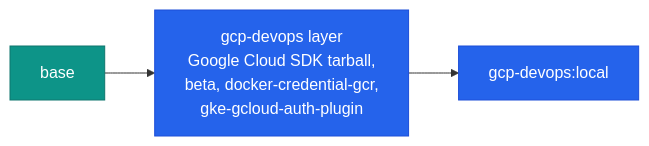
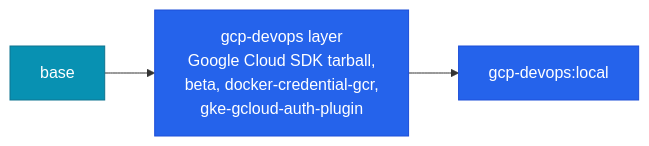
One commit to jinalshah/devops-images changed the diagram in docs/build-images/gcp-devops.md. Above: the diagram before and after it, drawn with Mermaid. The commit also changed 29 other files, not shown here.

````diff
--- a/docs/build-images/gcp-devops.md
+++ b/docs/build-images/gcp-devops.md
@@ -9,10 +9,10 @@
 ```mermaid
 flowchart LR
   B["base"] --> L["gcp-devops layer<br/>Google Cloud SDK tarball,<br/>beta, docker-credential-gcr,<br/>gke-gcloud-auth-plugin"]
   L --> I["gcp-devops:local"]
 
-  classDef base fill:#0d9488,stroke:#0f766e,color:#fff
+  classDef base fill:#0891b2,stroke:#0e7490,color:#fff
   classDef gcp fill:#2563eb,stroke:#1d4ed8,color:#fff
   class B base
   class L,I gcp
 ```
````
